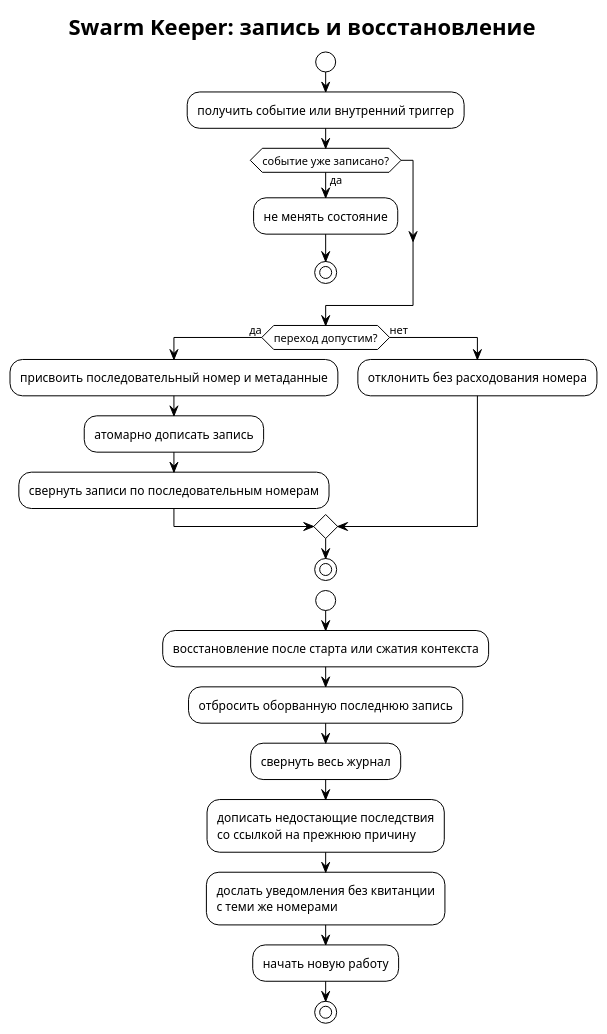
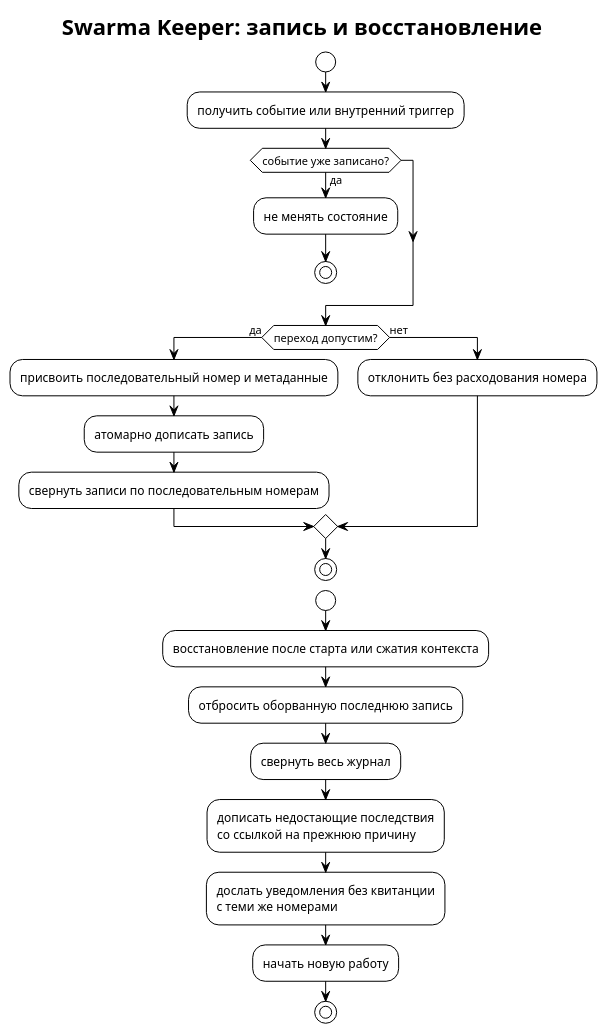
One commit to relux-works/swarma-docs changed the diagram in book/src/ledger-append-fold-replay.puml. Above: the diagram before and after it, drawn with PlantUML. The commit also changed 61 other files, not shown here.

```diff
--- a/book/src/ledger-append-fold-replay.puml
+++ b/book/src/ledger-append-fold-replay.puml
@@ -1,28 +1,28 @@
 @startuml ledger-append-fold-replay
 !theme plain
 skinparam defaultFontName "PT Sans"
 skinparam shadowing false
-title Swarm Keeper: запись и восстановление
+title Swarma Keeper: запись и восстановление
 start
 :получить событие или внутренний триггер;
 if (событие уже записано?) then (да)
   :не менять состояние;
   stop
 endif
 if (переход допустим?) then (да)
   :присвоить последовательный номер и метаданные;
   :атомарно дописать запись;
   :свернуть записи по последовательным номерам;
 else (нет)
   :отклонить без расходования номера;
 endif
 stop
 start
 :восстановление после старта или сжатия контекста;
 :отбросить оборванную последнюю запись;
 :свернуть весь журнал;
 :дописать недостающие последствия\nсо ссылкой на прежнюю причину;
 :дослать уведомления без квитанции\nс теми же номерами;
 :начать новую работу;
 stop
 @enduml
```
